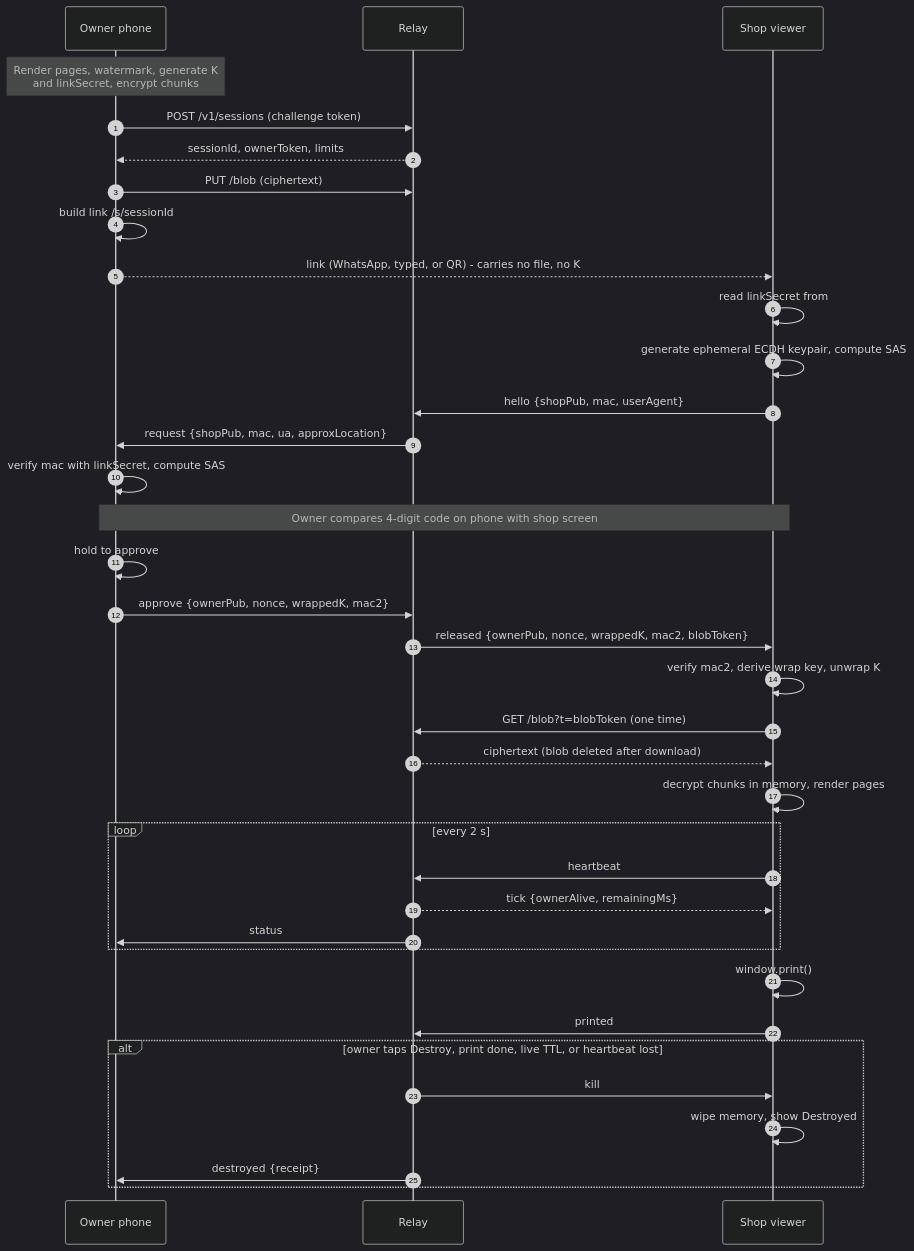
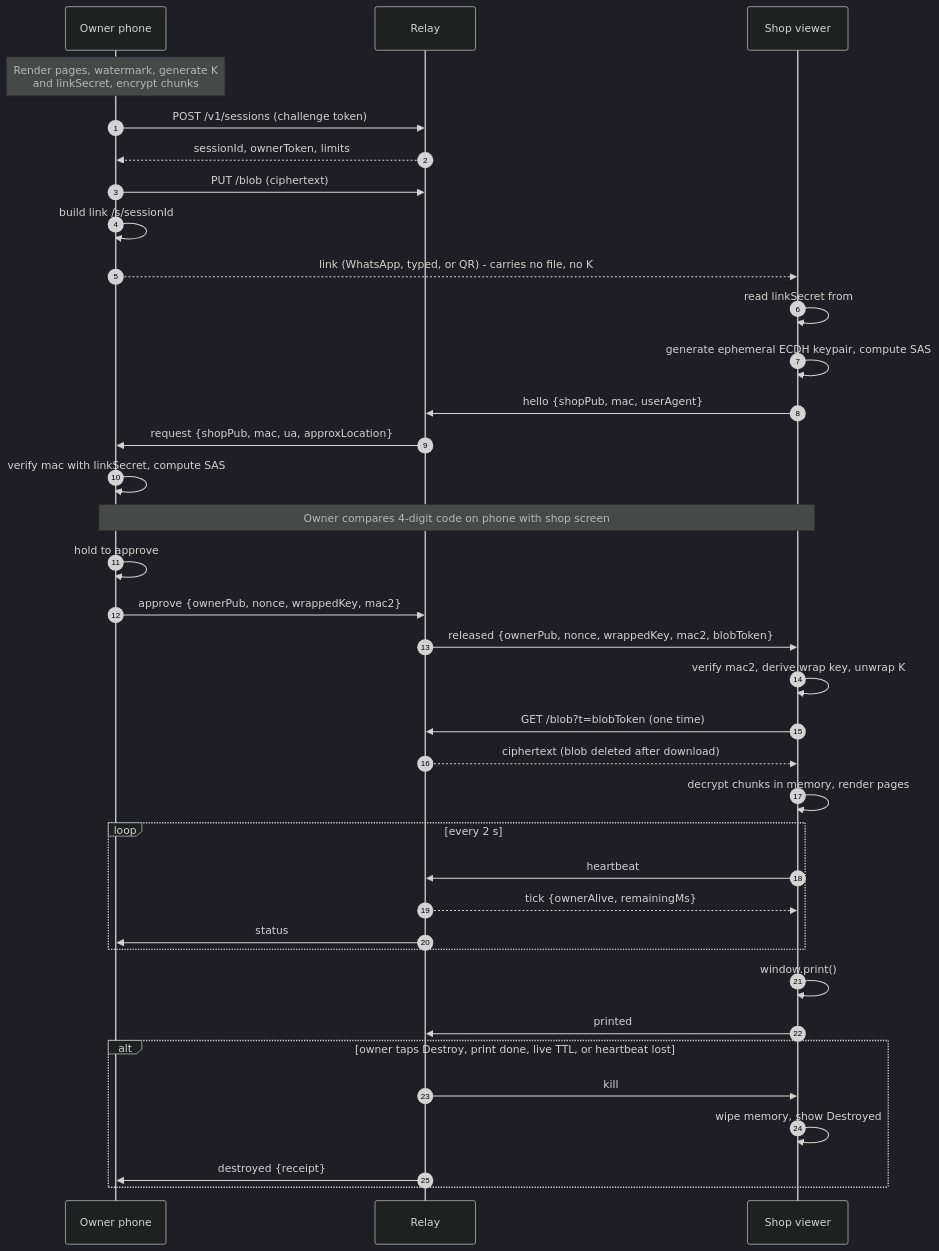
One commit to chiragdhunna/despawn changed the third of 3 diagrams in docs/ARCHITECTURE.md. Above: the diagram before and after it, drawn with Mermaid (dark theme). The commit also changed other lines of this file and 2 other files, not shown here.

Commit message:
docs: add protocol spec, align architecture wording

````diff
--- a/docs/ARCHITECTURE.md
+++ b/docs/ARCHITECTURE.md
@@ -111,39 +111,39 @@
 ```mermaid
 sequenceDiagram
   autonumber
   participant O as Owner phone
   participant S as Relay
   participant V as Shop viewer
 
   Note over O: Render pages, watermark, generate K<br/>and linkSecret, encrypt chunks
   O->>S: POST /v1/sessions (challenge token)
   S-->>O: sessionId, ownerToken, limits
   O->>S: PUT /blob (ciphertext)
   O->>O: build link /s/sessionId#linkSecret
   O-->>V: link (WhatsApp, typed, or QR) - carries no file, no K
   V->>V: read linkSecret from #fragment, clear it from the URL
   V->>V: generate ephemeral ECDH keypair, compute SAS
   V->>S: hello {shopPub, mac, userAgent}
   S->>O: request {shopPub, mac, ua, approxLocation}
   O->>O: verify mac with linkSecret, compute SAS
   Note over O,V: Owner compares 4-digit code on phone with shop screen
   O->>O: hold to approve
-  O->>S: approve {ownerPub, nonce, wrappedK, mac2}
-  S->>V: released {ownerPub, nonce, wrappedK, mac2, blobToken}
+  O->>S: approve {ownerPub, nonce, wrappedKey, mac2}
+  S->>V: released {ownerPub, nonce, wrappedKey, mac2, blobToken}
   V->>V: verify mac2, derive wrap key, unwrap K
   V->>S: GET /blob?t=blobToken (one time)
   S-->>V: ciphertext (blob deleted after download)
   V->>V: decrypt chunks in memory, render pages
   loop every 2 s
     V->>S: heartbeat
     S-->>V: tick {ownerAlive, remainingMs}
     S->>O: status
   end
   V->>V: window.print()
   V->>S: printed
   alt owner taps Destroy, print done, live TTL, or heartbeat lost
     S->>V: kill
     V->>V: wipe memory, show Destroyed
     S->>O: destroyed {receipt}
   end
 ```
````
